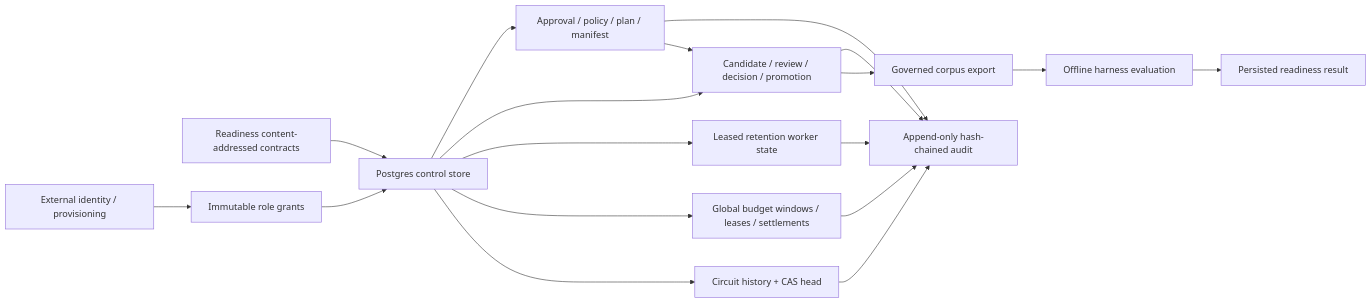
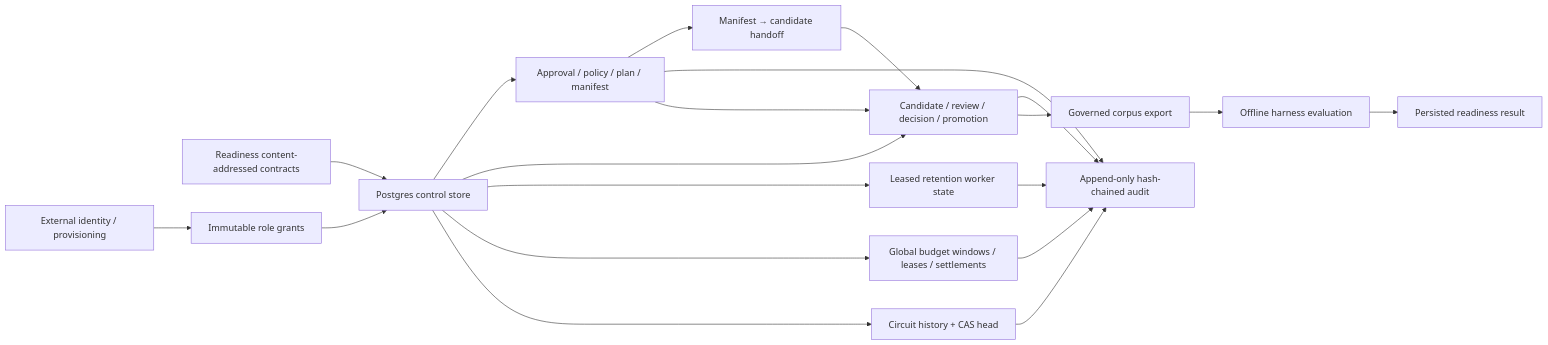
One commit to spencer17x/xxyy-ask changed the diagram in docs/evm-chain-analysis-control-store.md. Above: the diagram before and after it, drawn with Mermaid. The commit also changed other lines of this file and 25 other files, not shown here.

Commit message:
docs(knowledge): document sampling manifest handoff flow

````diff
--- a/docs/evm-chain-analysis-control-store.md
+++ b/docs/evm-chain-analysis-control-store.md
@@ -19,20 +19,22 @@
 ```mermaid
 flowchart LR
   Contract["Readiness content-addressed contracts"] --> Store["Postgres control store"]
   Identity["External identity / provisioning"] --> Grant["Immutable role grants"]
   Grant --> Store
   Store --> Sampling["Approval / policy / plan / manifest"]
+  Sampling --> Handoff["Manifest → candidate handoff"]
   Store --> Governance["Candidate / review / decision / promotion"]
+  Handoff --> Governance
   Store --> Retention["Leased retention worker state"]
   Store --> Budget["Global budget windows / leases / settlements"]
   Store --> Circuit["Circuit history + CAS head"]
   Governance --> Audit["Append-only hash-chained audit"]
   Retention --> Audit
   Budget --> Audit
   Circuit --> Audit
   Sampling --> Audit
   Sampling --> Governance
   Governance --> Export["Governed corpus export"]
   Export --> Harness["Offline harness evaluation"]
   Harness --> Attestation["Persisted readiness result"]
 ```
````
